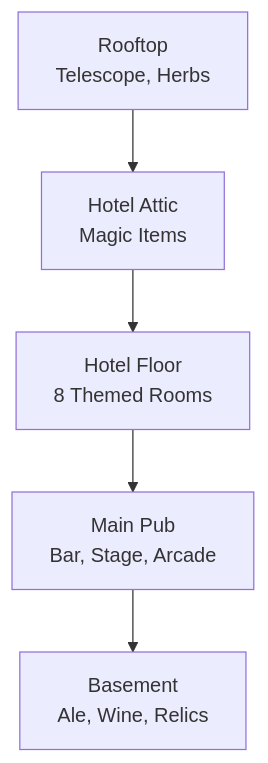
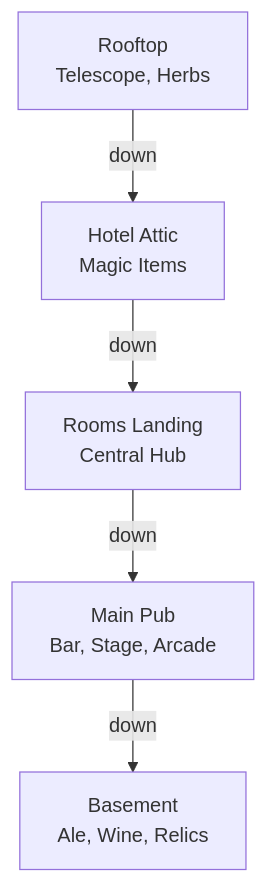
One commit to SimHacker/moollm changed the first of 10 diagrams in examples/adventure-4/characters/real-people/don-hopkins/sessions/world-tour-leela.md. Above: the diagram before and after it, drawn with Mermaid. The commit also changed other lines of this file, not shown here.

First line of the commit message:
Add central Rooms Landing hub to hotel floor layout

````diff
--- a/examples/adventure-4/characters/real-people/don-hopkins/sessions/world-tour-leela.md
+++ b/examples/adventure-4/characters/real-people/don-hopkins/sessions/world-tour-leela.md
@@ -91,13 +91,13 @@
 ```mermaid
 flowchart TB
     ROOF[Rooftop<br/>Telescope, Herbs]
     ATTIC[Hotel Attic<br/>Magic Items]
-    ROOMS[Hotel Floor<br/>8 Themed Rooms]
+    HUB[Rooms Landing<br/>Central Hub]
     PUB[Main Pub<br/>Bar, Stage, Arcade]
     BASE[Basement<br/>Ale, Wine, Relics]
     
-    ROOF --> ATTIC
-    ATTIC --> ROOMS
-    ROOMS --> PUB
-    PUB --> BASE
+    ROOF -->|down| ATTIC
+    ATTIC -->|down| HUB
+    HUB -->|down| PUB
+    PUB -->|down| BASE
 ```
````
